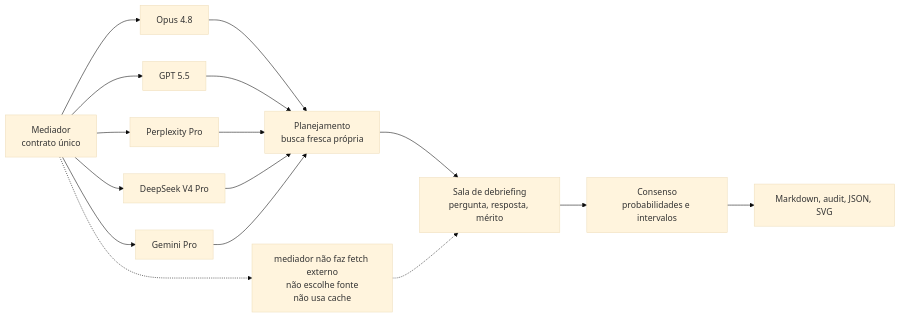
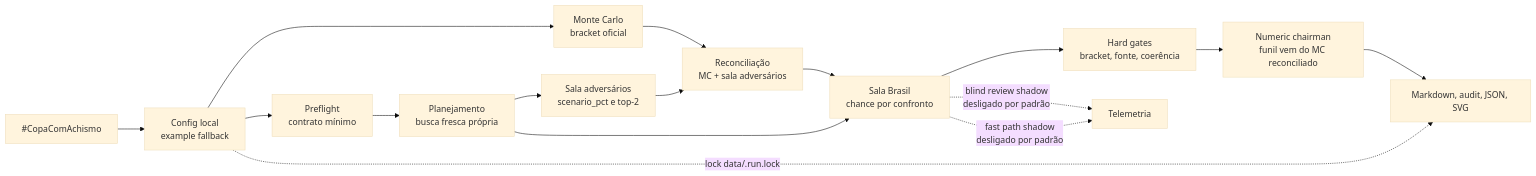
Before and after one commit to marcuscavalcanti/tournament-forecaster: the first of 2 diagrams in README.md, drawn with Mermaid (base theme). The commit also changed other lines of this file and 11 other files, not shown here.

````diff
--- a/README.md
+++ b/README.md
@@ -343,18 +387,18 @@
 ```mermaid
 flowchart LR
-    M["Mediador\ncontrato único"] --> A1["Opus 4.8"]
-    M --> A2["GPT 5.5"]
-    M --> A3["Perplexity Pro"]
-    M --> A4["DeepSeek V4 Pro"]
-    M --> A5["Gemini Pro"]
-    A1 --> P["Planejamento\nbusca fresca própria"]
-    A2 --> P
-    A3 --> P
-    A4 --> P
-    A5 --> P
-    P --> R["Sala de debriefing\npergunta, resposta, mérito"]
-    R --> C["Consenso\nprobabilidades e intervalos"]
-    C --> O["Markdown, audit, JSON, SVG"]
-    M -.-> X["mediador não faz fetch externo\nnão escolhe fonte\nnão usa cache"]
-    X -.-> R
+    H["#CopaComAchismo"] --> CFG["Config local\nexample fallback"]
+    CFG --> MC["Monte Carlo\nbracket oficial"]
+    CFG --> PF["Preflight\ncontrato mínimo"]
+    PF --> PLAN["Planejamento\nbusca fresca própria"]
+    PLAN --> OPP["Sala adversários\nscenario_pct e top-2"]
+    MC --> REC["Reconciliação\nMC + sala adversários"]
+    OPP --> REC
+    REC --> BR["Sala Brasil\nchance por confronto"]
+    PLAN --> BR
+    BR --> G["Hard gates\nbracket, fonte, coerência"]
+    G --> N["Numeric chairman\nfunil vem do MC reconciliado"]
+    N --> OUT["Markdown, audit, JSON, SVG"]
+    BR -. "blind review shadow\ndesligado por padrão" .-> T["Telemetria"]
+    BR -. "fast path shadow\ndesligado por padrão" .-> T
+    CFG -. "lock data/.run.lock" .-> OUT
 ```
````
